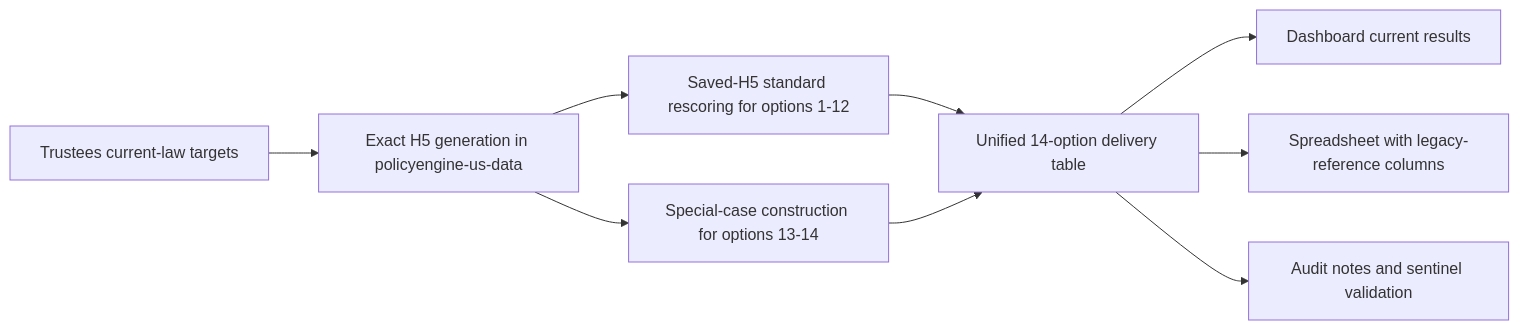
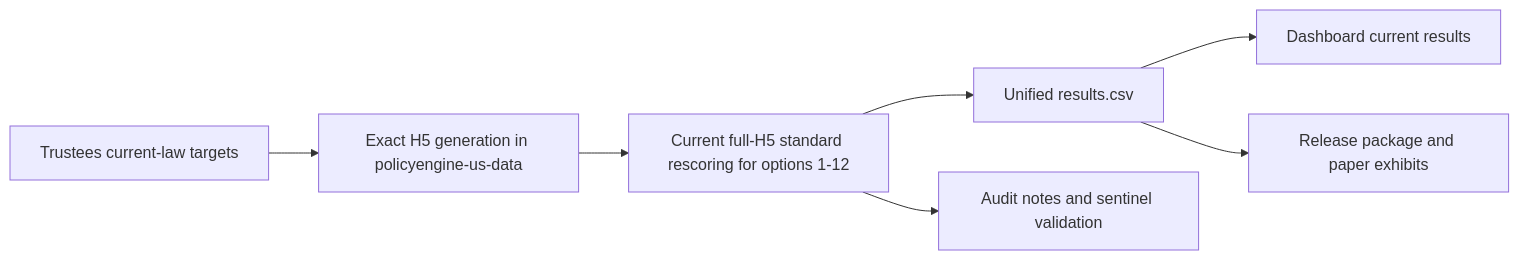
The diagram in docs/current/README.md (PolicyEngine/crfb-tob-impacts), drawn with Mermaid before and after one commit. The commit also changed other lines of this file and 206 other files, not shown here.

Commit message:
Publish full-H5 CRFB dashboard results (#122)

````diff
--- a/docs/current/README.md
+++ b/docs/current/README.md
@@ -23,11 +36,9 @@
 ```mermaid
 flowchart LR
   A["Trustees current-law targets"] --> B["Exact H5 generation in policyengine-us-data"]
-  B --> C["Saved-H5 standard rescoring for options 1-12"]
-  B --> D["Special-case construction for options 13-14"]
-  C --> E["Unified 14-option delivery table"]
-  D --> E
-  E --> F["Dashboard current results"]
-  E --> G["Spreadsheet with legacy-reference columns"]
-  E --> H["Audit notes and sentinel validation"]
+  B --> C["Current full-H5 standard rescoring for options 1-12"]
+  C --> D["Unified results.csv"]
+  D --> E["Dashboard current results"]
+  D --> F["Release package and paper exhibits"]
+  C --> G["Audit notes and sentinel validation"]
 ```
````
